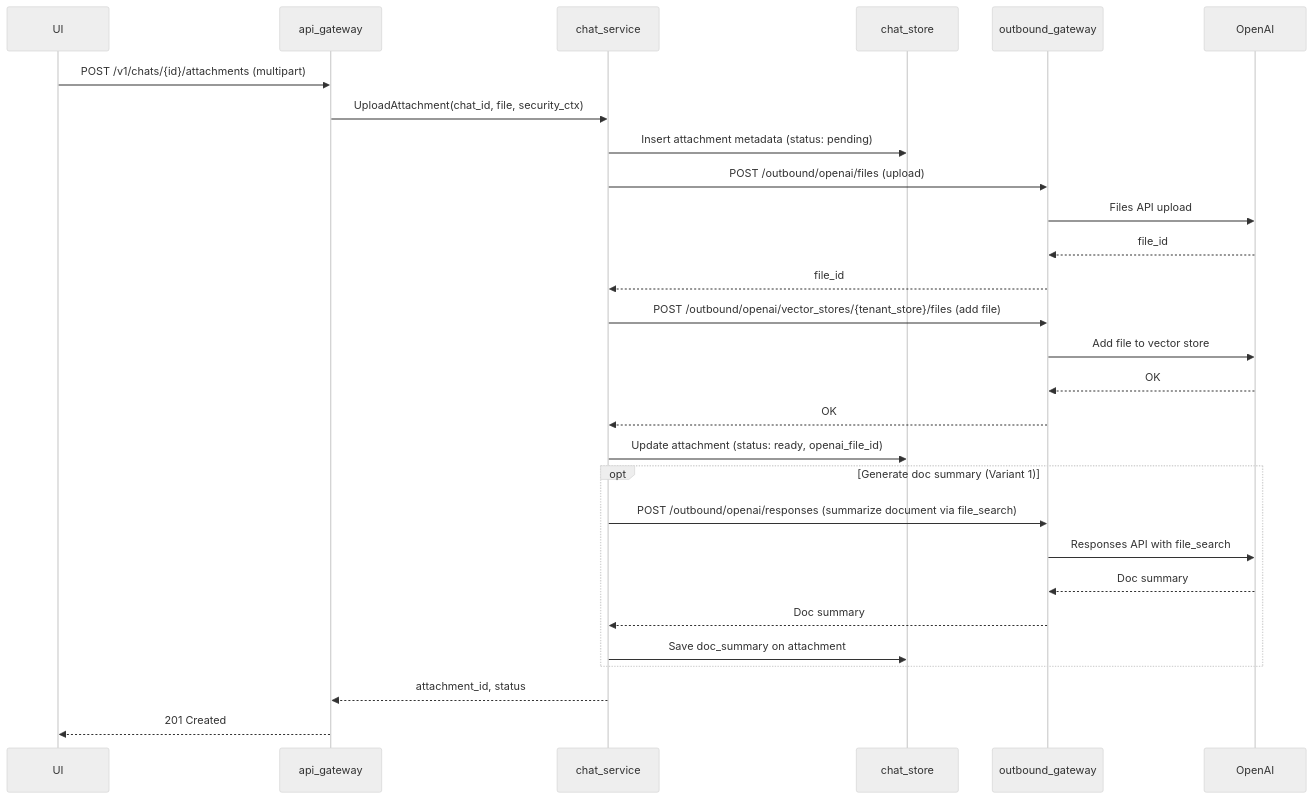
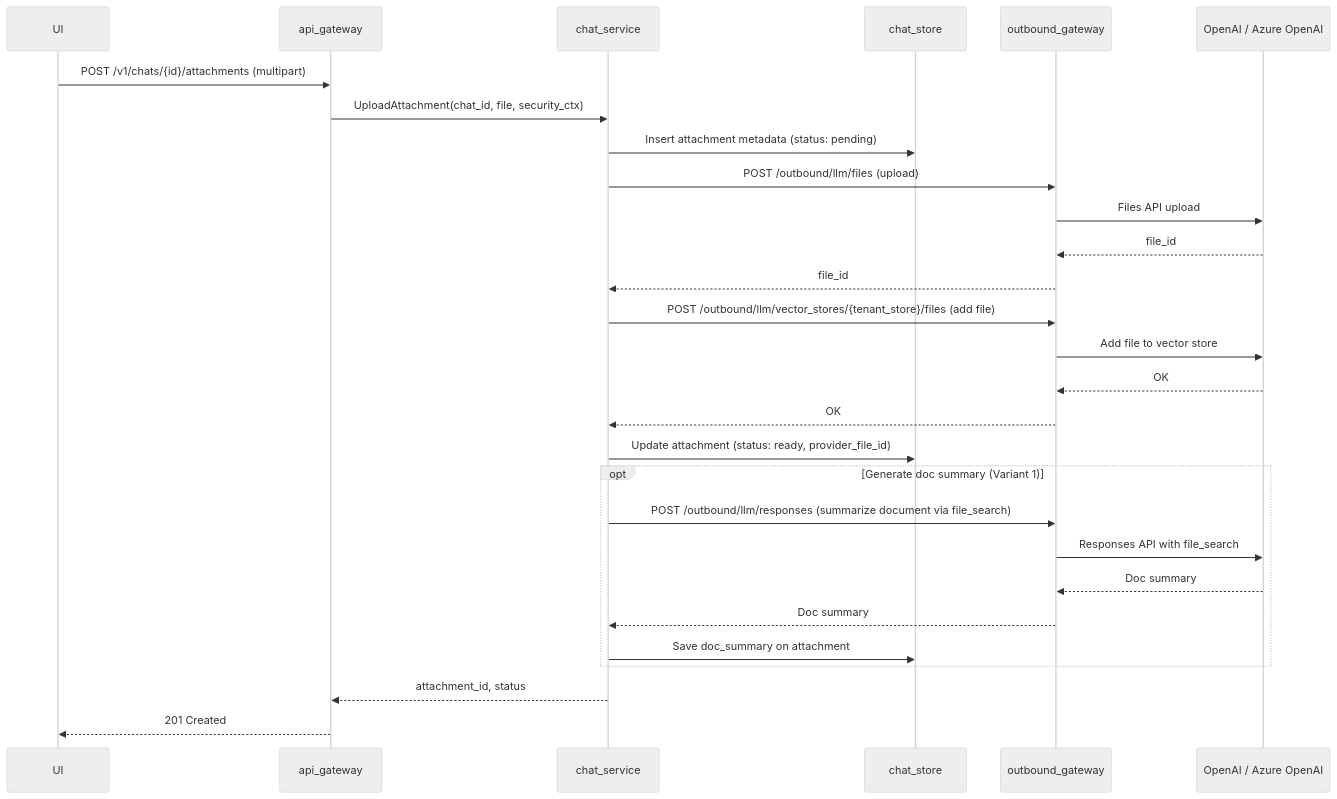
Before and after one commit to MikeFalcon77/hyperspot: the third of 5 diagrams in modules/mini-chat/docs/DESIGN.md, drawn with Mermaid (neutral theme). The commit also changed other lines of this file, not shown here.

Commit message:
Azure API adoption

````diff
--- a/modules/mini-chat/docs/DESIGN.md
+++ b/modules/mini-chat/docs/DESIGN.md
@@ -375,33 +398,33 @@
 ```mermaid
 sequenceDiagram
     participant UI
     participant AG as api_gateway
     participant CS as chat_service
     participant DB as chat_store
     participant OG as outbound_gateway
-    participant OAI as OpenAI
+    participant OAI as OpenAI / Azure OpenAI
 
     UI->>AG: POST /v1/chats/{id}/attachments (multipart)
     AG->>CS: UploadAttachment(chat_id, file, security_ctx)
     CS->>DB: Insert attachment metadata (status: pending)
-    CS->>OG: POST /outbound/openai/files (upload)
+    CS->>OG: POST /outbound/llm/files (upload)
     OG->>OAI: Files API upload
     OAI-->>OG: file_id
     OG-->>CS: file_id
-    CS->>OG: POST /outbound/openai/vector_stores/{tenant_store}/files (add file)
+    CS->>OG: POST /outbound/llm/vector_stores/{tenant_store}/files (add file)
     OG->>OAI: Add file to vector store
     OAI-->>OG: OK
     OG-->>CS: OK
-    CS->>DB: Update attachment (status: ready, openai_file_id)
+    CS->>DB: Update attachment (status: ready, provider_file_id)
 
     opt Generate doc summary (Variant 1)
-        CS->>OG: POST /outbound/openai/responses (summarize document via file_search)
+        CS->>OG: POST /outbound/llm/responses (summarize document via file_search)
         OG->>OAI: Responses API with file_search
         OAI-->>OG: Doc summary
         OG-->>CS: Doc summary
         CS->>DB: Save doc_summary on attachment
     end
 
     CS-->>AG: attachment_id, status
     AG-->>UI: 201 Created
 ```
````
